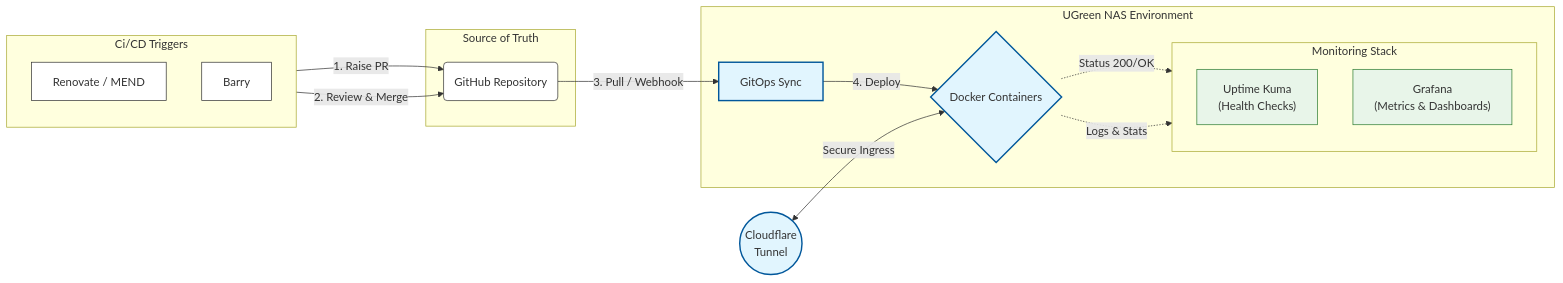
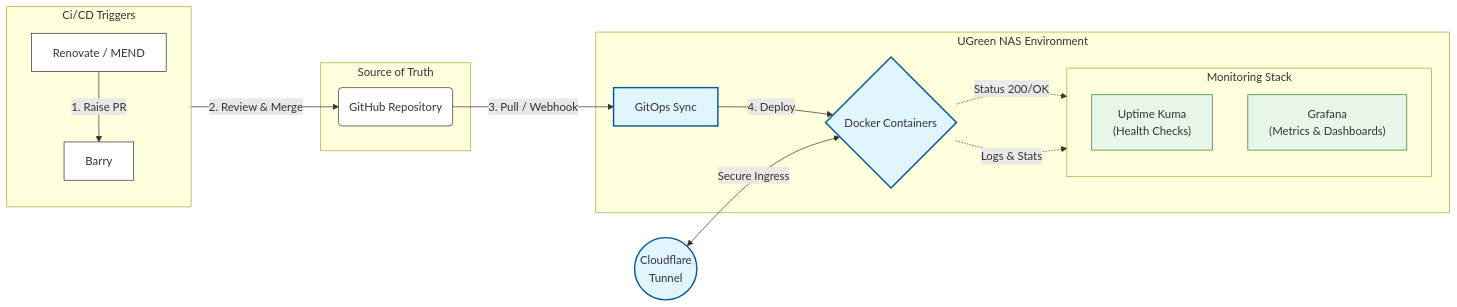
The diagram in README.md (barmcsorley/barmcsorley), drawn with Mermaid before and after one commit.

````diff
--- a/README.md
+++ b/README.md
@@ -25,46 +25,44 @@
 ```mermaid
 flowchart LR
     %% Define Subgraphs for visual grouping
     subgraph Inputs [Ci/CD Triggers]
         direction TB
         Renovate[Renovate / MEND]
         User[Barry]
     end
 
     subgraph Source [Source of Truth]
         Repo(GitHub Repository)
     end
 
     subgraph Infra [UGreen NAS Environment]
         NAS[GitOps Sync]
         Containers{Docker Containers}
         
         subgraph Observability [Monitoring Stack]
             direction TB
-            %% FIX: Added quotes around labels containing brackets/parentheses
             Kuma["Uptime Kuma<br/>(Health Checks)"]
             Grafana["Grafana<br/>(Metrics & Dashboards)"]
         end
     end
 
-    %% The Flow Connections
-    Renovate -->|1. Raise PR| Repo
+    %% The Flow Connections - RE-ROUTED PER REQUEST
+    Renovate -->|1. Raise PR| User
     User -->|2. Review & Merge| Repo
     Repo -->|3. Pull / Webhook| NAS
     NAS -->|4. Deploy| Containers
     
     %% Networking & Monitoring Connections
-    %% FIX: Added quotes here too just to be safe
     Cloudflare(("Cloudflare<br/>Tunnel")) <-->|Secure Ingress| Containers
     Containers -.->|Status 200/OK| Kuma
     Containers -.->|Logs & Stats| Grafana
 
     %% Styling for "Director Level" polish
     classDef plain fill:#fff,stroke:#333,stroke-width:1px;
     classDef highlight fill:#e1f5fe,stroke:#01579b,stroke-width:2px;
     classDef monitor fill:#e8f5e9,stroke:#2e7d32,stroke-width:1px;
     
     class Renovate,User,Repo plain;
     class NAS,Containers,Cloudflare highlight;
     class Kuma,Grafana monitor;
 ```
````
